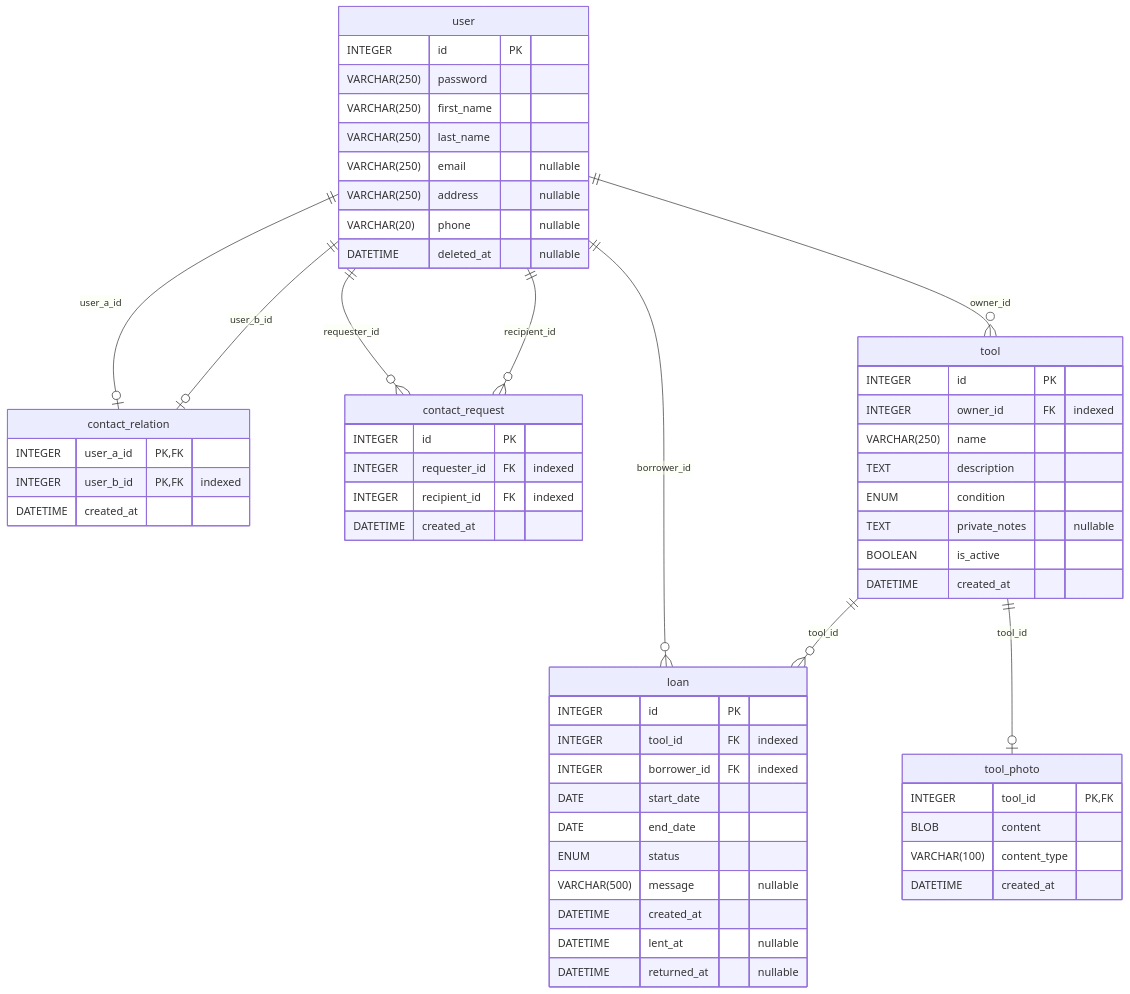
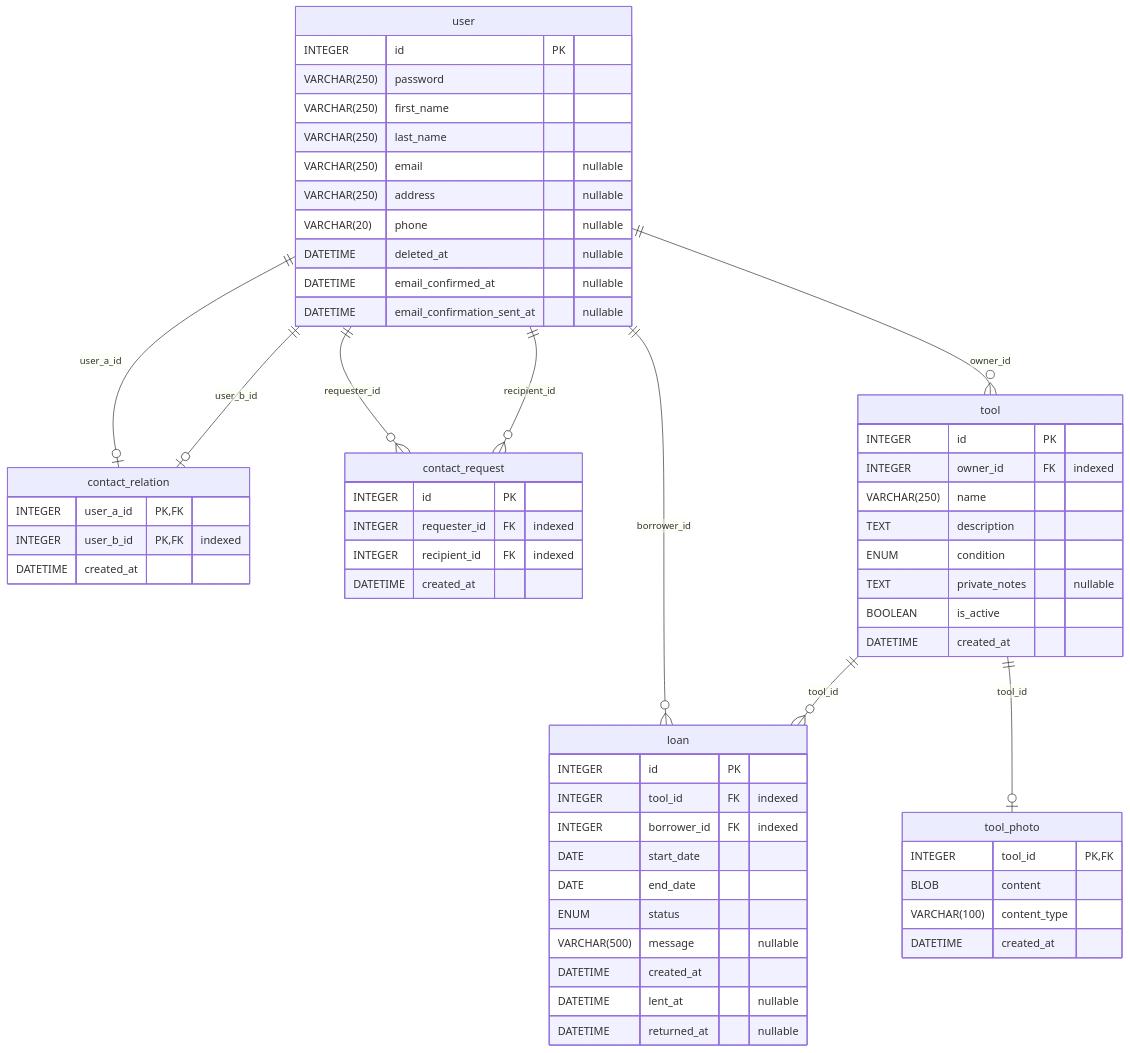
Before and after one commit to gcharland1/outillerie: the diagram in docs/schema.md, drawn with Mermaid. The commit also changed 24 other files, not shown here.

````diff
--- a/docs/schema.md
+++ b/docs/schema.md
@@ -9,67 +9,69 @@
 ```mermaid
 erDiagram
   contact_relation {
     INTEGER user_a_id PK,FK
     INTEGER user_b_id PK,FK "indexed"
     DATETIME created_at
   }
 
   contact_request {
     INTEGER id PK
     INTEGER requester_id FK "indexed"
     INTEGER recipient_id FK "indexed"
     DATETIME created_at
   }
 
   loan {
     INTEGER id PK
     INTEGER tool_id FK "indexed"
     INTEGER borrower_id FK "indexed"
     DATE start_date
     DATE end_date
     ENUM status
     VARCHAR(500) message "nullable"
     DATETIME created_at
     DATETIME lent_at "nullable"
     DATETIME returned_at "nullable"
   }
 
   tool {
     INTEGER id PK
     INTEGER owner_id FK "indexed"
     VARCHAR(250) name
     TEXT description
     ENUM condition
     TEXT private_notes "nullable"
     BOOLEAN is_active
     DATETIME created_at
   }
 
   tool_photo {
     INTEGER tool_id PK,FK
     BLOB content
     VARCHAR(100) content_type
     DATETIME created_at
   }
 
   user {
     INTEGER id PK
     VARCHAR(250) password
     VARCHAR(250) first_name
     VARCHAR(250) last_name
     VARCHAR(250) email "nullable"
     VARCHAR(250) address "nullable"
     VARCHAR(20) phone "nullable"
     DATETIME deleted_at "nullable"
+    DATETIME email_confirmed_at "nullable"
+    DATETIME email_confirmation_sent_at "nullable"
   }
 
   user ||--o| contact_relation : user_a_id
   user ||--o| contact_relation : user_b_id
   user ||--o{ contact_request : requester_id
   user ||--o{ contact_request : recipient_id
   tool ||--o{ loan : tool_id
   user ||--o{ loan : borrower_id
   user ||--o{ tool : owner_id
   tool ||--o| tool_photo : tool_id
 
 ```
````
